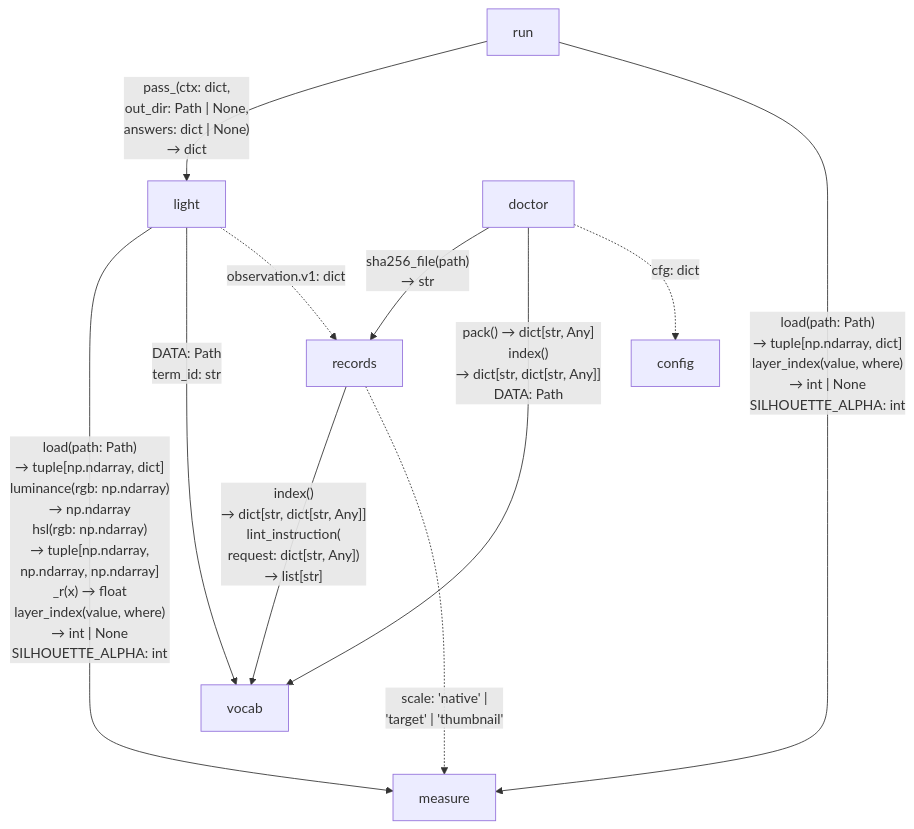
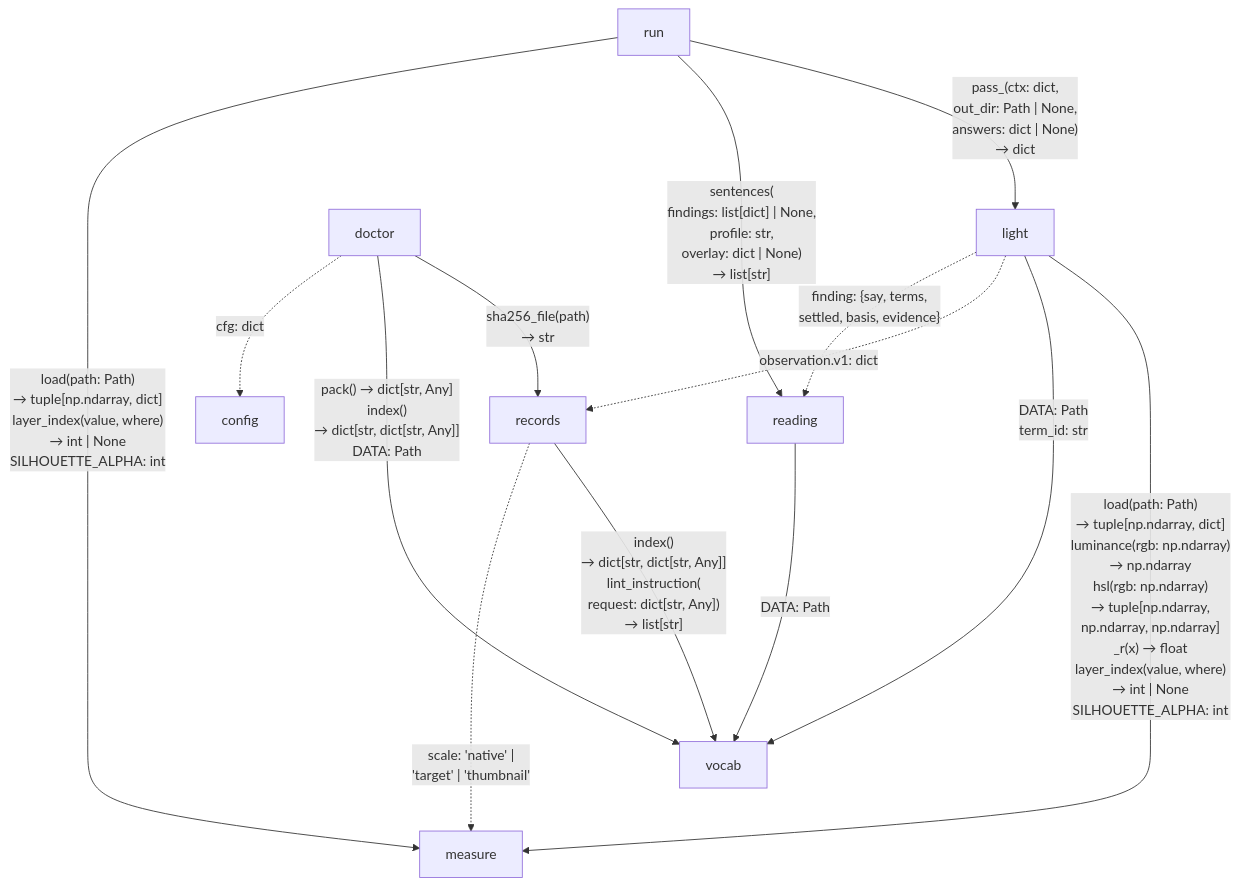
Before and after one commit to Stdev17/asrai: the diagram in src/asrai/README.md, drawn with Mermaid. The commit also changed other lines of this file and 15 other files, not shown here.

````diff
--- a/src/asrai/README.md
+++ b/src/asrai/README.md
@@ -23,21 +31,25 @@
 ```mermaid
 flowchart TB
     CONFIG["config"]
     RUN["run"]
     LIGHT["light"]
+    READING["reading"]
     DOCTOR["doctor"]
     MEASURE["measure"]
     RECORDS["records"]
     VOCAB["vocab"]
 
     LIGHT -->|"load(path: Path)<br/>→ tuple[np.ndarray, dict]<br/>luminance(rgb: np.ndarray)<br/>→ np.ndarray<br/>hsl(rgb: np.ndarray)<br/>→ tuple[np.ndarray,<br/>np.ndarray, np.ndarray]<br/>_r(x) → float<br/>layer_index(value, where)<br/>→ int #124; None<br/>SILHOUETTE_ALPHA: int"| MEASURE
     RUN -->|"pass_(ctx: dict,<br/>out_dir: Path #124; None,<br/>answers: dict #124; None)<br/>→ dict"| LIGHT
+    RUN -->|"sentences(<br/>findings: list[dict] #124; None,<br/>profile: str,<br/>overlay: dict #124; None)<br/>→ list[str]"| READING
     RUN -->|"load(path: Path)<br/>→ tuple[np.ndarray, dict]<br/>layer_index(value, where)<br/>→ int #124; None<br/>SILHOUETTE_ALPHA: int"| MEASURE
     LIGHT -->|"DATA: Path<br/>term_id: str"| VOCAB
+    READING -->|"DATA: Path"| VOCAB
     DOCTOR -->|"sha256_file(path)<br/>→ str"| RECORDS
     DOCTOR -->|"pack() → dict[str, Any]<br/>index()<br/>→ dict[str, dict[str, Any]]<br/>DATA: Path"| VOCAB
     RECORDS -->|"index()<br/>→ dict[str, dict[str, Any]]<br/>lint_instruction(<br/>request: dict[str, Any])<br/>→ list[str]"| VOCAB
     LIGHT -.->|"observation.v1: dict"| RECORDS
+    LIGHT -.->|"finding: {say, terms,<br/>settled, basis, evidence}"| READING
     DOCTOR -.->|"cfg: dict"| CONFIG
     RECORDS -..->|"scale: 'native' #124;<br/>'target' #124; 'thumbnail'"| MEASURE
 ```
````
